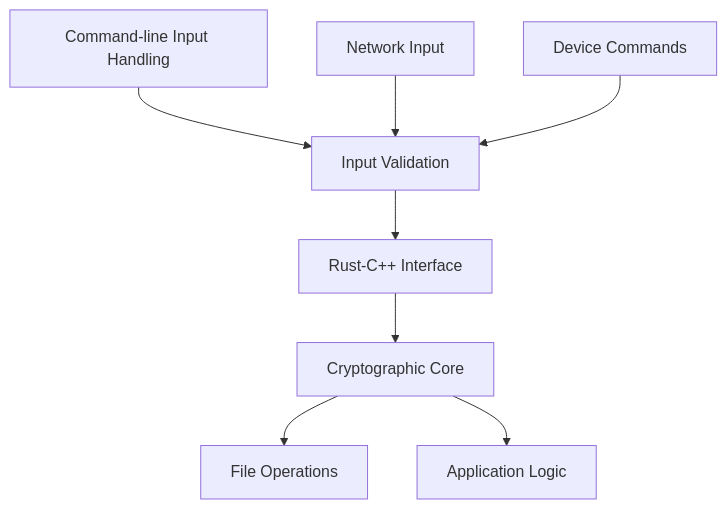
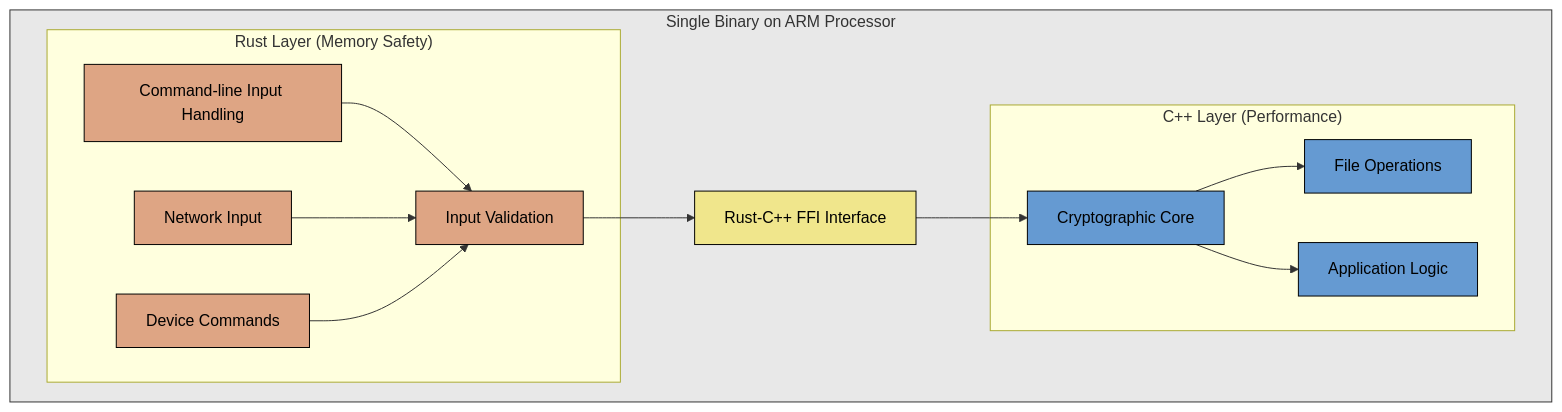
The first of 6 diagrams in Documentation/CRUSTY-Core_System_Design.md (shahern004/CRUSTy-Core), drawn with Mermaid before and after one commit. The commit also changed other lines of this file, not shown here.

Commit message:
Fix mermaid diagram rendering issues in CRUSTY-Core System Design document

````diff
--- a/Documentation/CRUSTY-Core_System_Design.md
+++ b/Documentation/CRUSTY-Core_System_Design.md
@@ -22,27 +22,35 @@
 ```mermaid
-graph TD
-    %% CRUSTY-Core Architecture
+flowchart TD
+    subgraph ARM["Single Binary on ARM Processor"]
+        subgraph Rust["Rust Layer (Memory Safety)"]
+            A["Command-line Input Handling"]
+            B["Network Input                  "]
+            C["Device Commands               "]
+            D["Input Validation              "]
+        end
+        H["Rust-C++ FFI Interface"]
+        subgraph CPP["C++ Layer (Performance)"]
+            E["Cryptographic Core"]
+            F["File Operations   "]
+            G["Application Logic "]
+        end
+    end
     
-    %% Rust Layer
-    A[Command-line Input Handling]
-    B[Network Input]
-    C[Device Commands]
-    D[Input Validation]
+    A-->D
+    B-->D
+    C-->D
+    D-->H
+    H-->E
+    E-->F
+    E-->G
     
-    %% C++ Layer
-    E[Cryptographic Core]
-    F[File Operations]
-    G[Application Logic]
+    classDef rust fill:#dea584,stroke:#000,color:#000;
+    classDef cpp fill:#659ad2,stroke:#000,color:#000;
+    classDef ffi fill:#f0e68c,stroke:#000,color:#000;
+    classDef arm fill:#e8e8e8,stroke:#333,color:#333,margin-top:20px;
     
-    %% FFI Boundary
-    H[Rust-C++ Interface]
-    
-    %% Connections
-    A --> D
-    B --> D
-    C --> D
-    D --> H
-    H --> E
-    E --> F
-    E --> G
+    class A,B,C,D rust;
+    class E,F,G cpp;
+    class H ffi;
+    class ARM arm;
 ```
````
